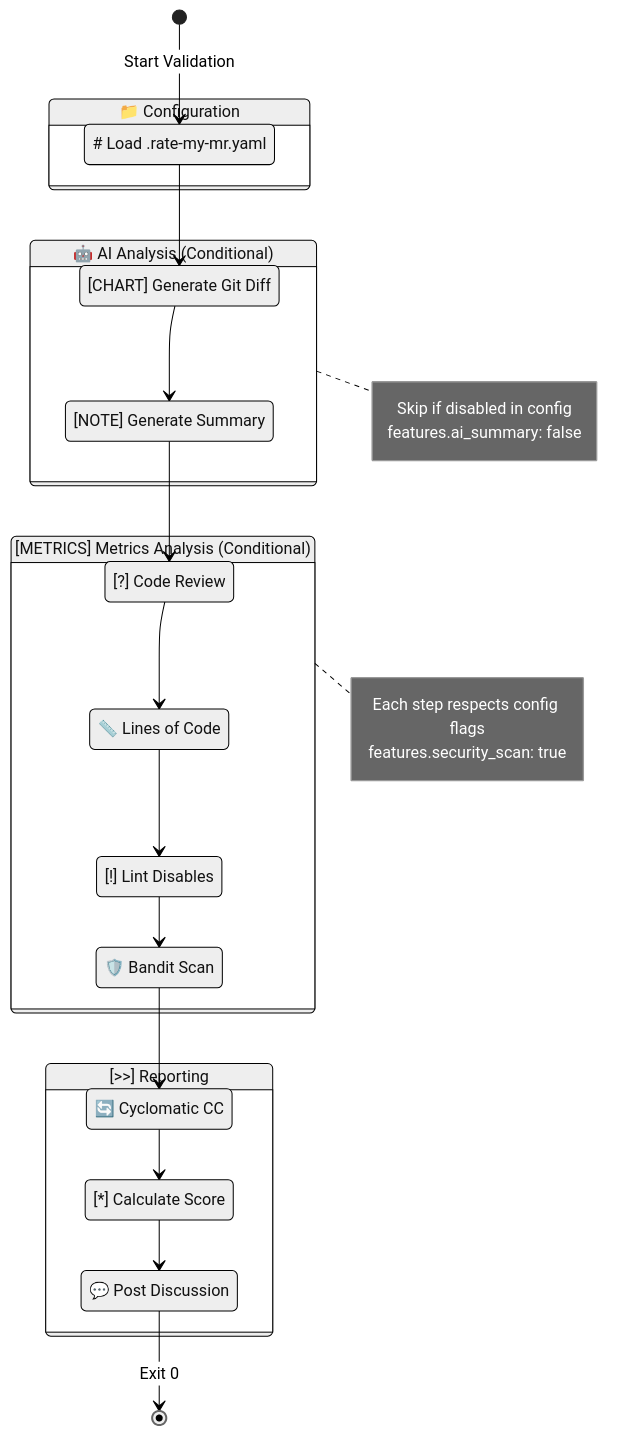
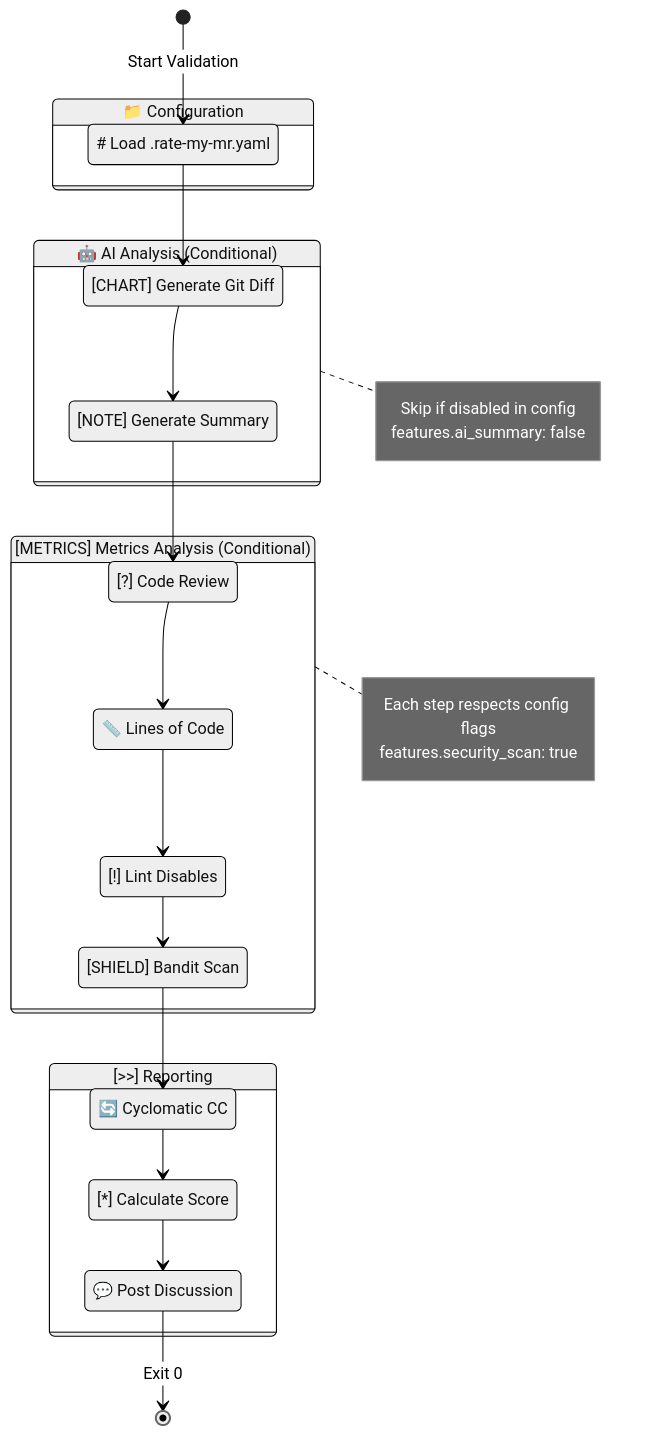
Before and after one commit to vigneshpalanivelr/commit-validator: the fifth of 6 diagrams in ARCHITECTURE.md, drawn with Mermaid (neutral theme). The commit also changed other lines of this file, not shown here.

First line of the commit message:
Replace final emojis (shield and skip) with ASCII

````diff
--- a/ARCHITECTURE.md
+++ b/ARCHITECTURE.md
@@ -418,47 +420,47 @@
 ```mermaid
 stateDiagram-v2
     [*] --> LoadConfig: Start Validation
 
     state "📁 Configuration" as Config {
         LoadConfig: # Load .rate-my-mr.yaml
         LoadConfig --> CreateDiff
         CreateDiff: [CHART] Generate Git Diff
     }
 
     state "🤖 AI Analysis (Conditional)" as AI {
         CreateDiff --> AISummary
         AISummary: [NOTE] Generate Summary
         AISummary --> AICodeReview
         AICodeReview: [?] Code Review
     }
 
     state "[METRICS] Metrics Analysis (Conditional)" as Metrics {
         AICodeReview --> LOCAnalysis
         LOCAnalysis: 📏 Lines of Code
         LOCAnalysis --> LintCheck
         LintCheck: [!] Lint Disables
         LintCheck --> SecurityScan
-        SecurityScan: 🛡️ Bandit Scan
+        SecurityScan: [SHIELD] Bandit Scan
         SecurityScan --> Complexity
         Complexity: 🔄 Cyclomatic CC
     }
 
     state "[>>] Reporting" as Report {
         Complexity --> Rating
         Rating: [*] Calculate Score
         Rating --> PostToGitLab
         PostToGitLab: 💬 Post Discussion
     }
 
     PostToGitLab --> [*]: Exit 0
 
     note right of AI
         Skip if disabled in config
         features.ai_summary: false
     end note
 
     note right of Metrics
         Each step respects config flags
         features.security_scan: true
     end note
 ```
````
